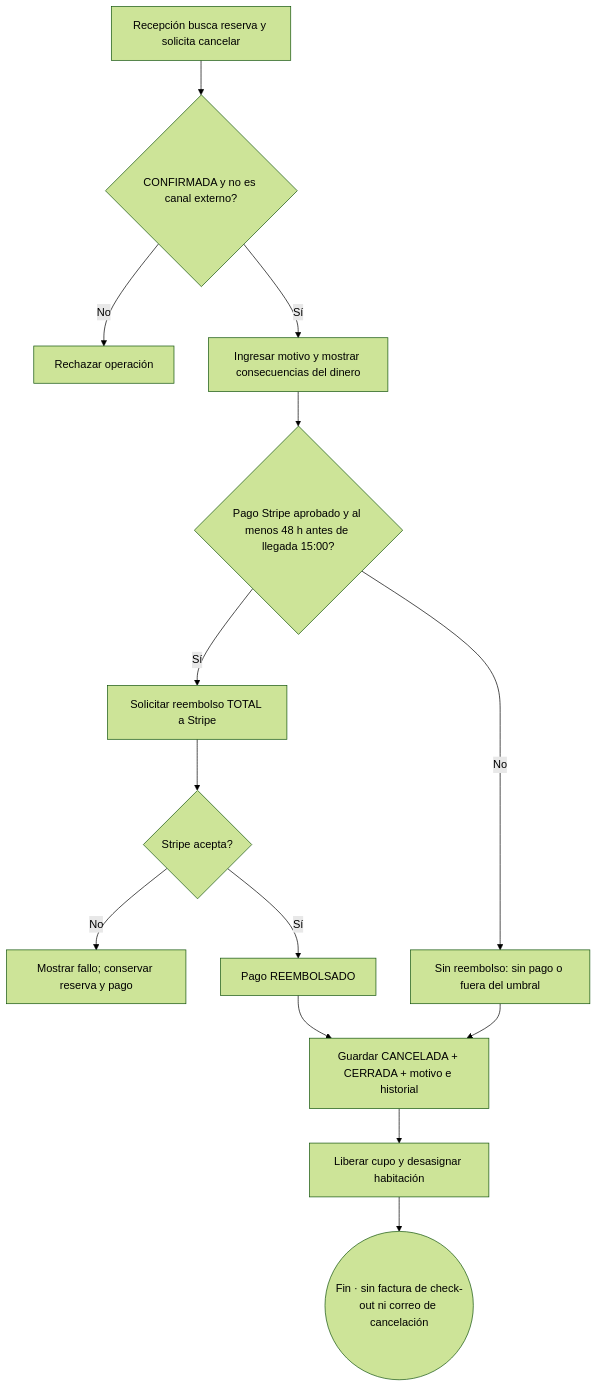
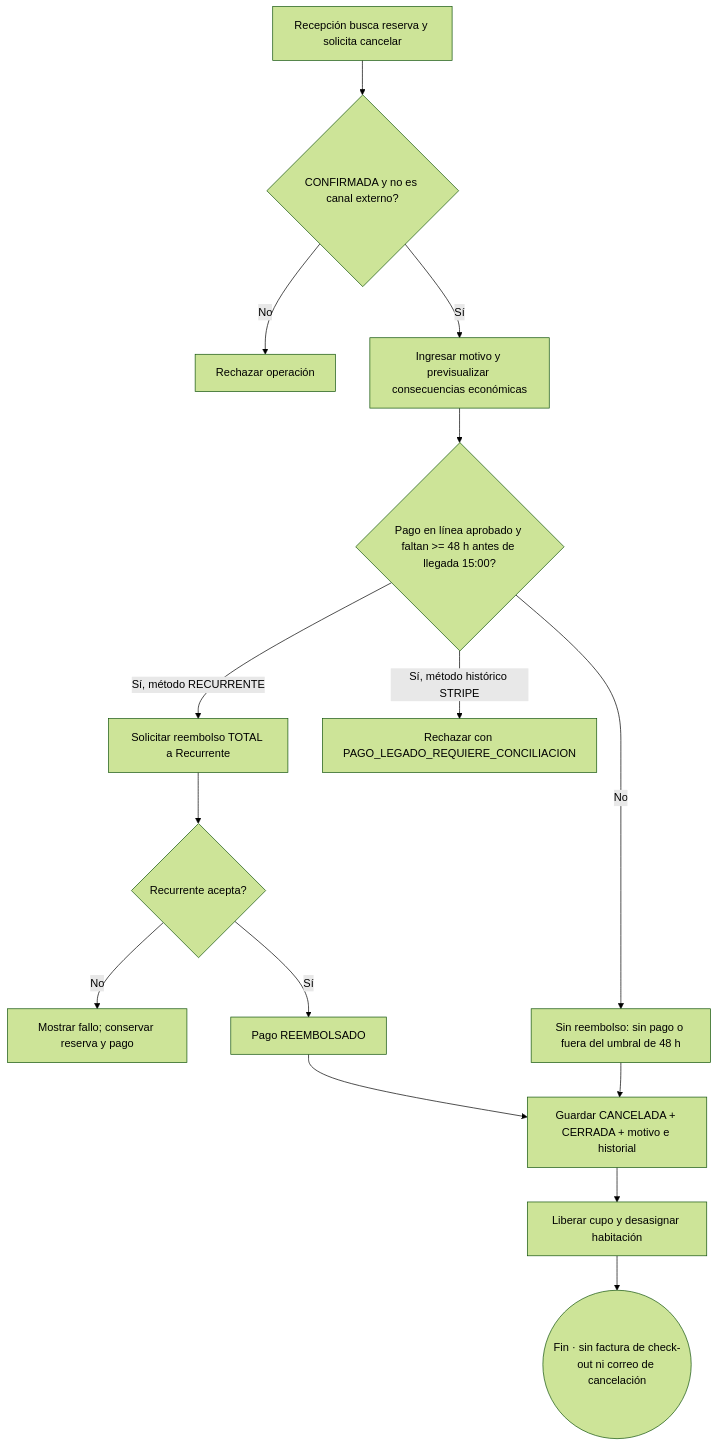
One commit to villaserenaguatee/villa-serena-docs changed the diagram in 03-arquitectura/diagramas-sistema/16-actividad-cancelar-reserva-y-reembolsar.md. Above: the diagram before and after it, drawn with Mermaid (forest theme). The commit also changed other lines of this file and 7 other files, not shown here.

````diff
--- a/03-arquitectura/diagramas-sistema/16-actividad-cancelar-reserva-y-reembolsar.md
+++ b/03-arquitectura/diagramas-sistema/16-actividad-cancelar-reserva-y-reembolsar.md
@@ -7,15 +9,16 @@
 ```mermaid
 flowchart TB
   I[Recepción busca reserva y solicita cancelar] --> V{CONFIRMADA y no es canal externo?}
   V -->|No| E[Rechazar operación]
-  V -->|Sí| M[Ingresar motivo y mostrar consecuencias del dinero]
-  M --> P{Pago Stripe aprobado y al menos 48 h antes de llegada 15:00?}
-  P -->|Sí| R[Solicitar reembolso TOTAL a Stripe]
-  R --> OK{Stripe acepta?}
+  V -->|Sí| M[Ingresar motivo y previsualizar consecuencias económicas]
+  M --> P{Pago en línea aprobado y faltan >= 48 h antes de llegada 15:00?}
+  P -->|Sí, método RECURRENTE| R[Solicitar reembolso TOTAL a Recurrente]
+  P -->|Sí, método histórico STRIPE| LEG[Rechazar con PAGO_LEGADO_REQUIERE_CONCILIACION]
+  R --> OK{Recurrente acepta?}
   OK -->|No| ERR[Mostrar fallo; conservar reserva y pago]
   OK -->|Sí| RE[Pago REEMBOLSADO]
-  P -->|No| N[Sin reembolso: sin pago o fuera del umbral]
+  P -->|No| N[Sin reembolso: sin pago o fuera del umbral de 48 h]
   RE & N --> TX[Guardar CANCELADA + CERRADA + motivo e historial]
   TX --> L[Liberar cupo y desasignar habitación]
   L --> F((Fin · sin factura de check-out ni correo de cancelación))
 ```
````
